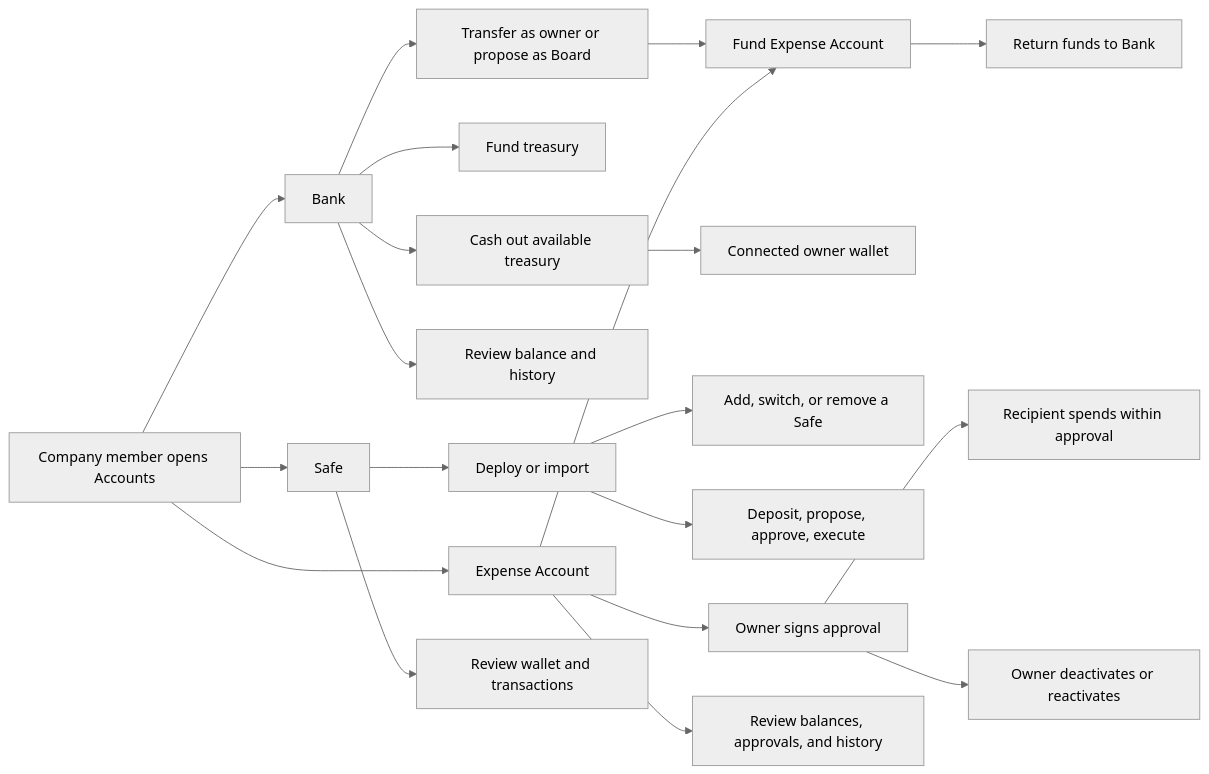
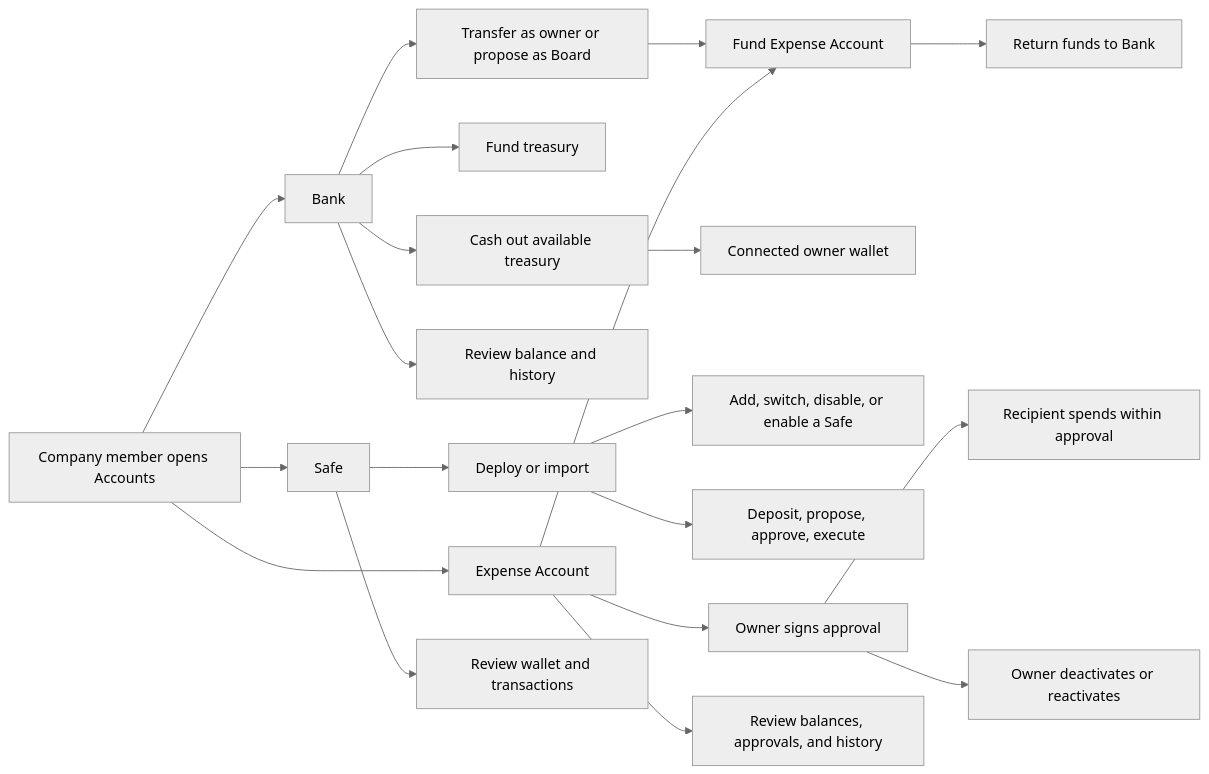
The diagram in docs/features/accounts/README.md (globe-and-citizen/cnc-portal), drawn with Mermaid (neutral theme) before and after one commit. The commit also changed other lines of this file and 16 other files, not shown here.

Commit message:
feat: ✨ let the owner enable a disabled Safe, with Disable, Enable and Default actions

````diff
--- a/docs/features/accounts/README.md
+++ b/docs/features/accounts/README.md
@@ -47,25 +47,25 @@
 ```mermaid
 flowchart LR
     Member[Company member opens Accounts] --> Bank[Bank]
     Member --> Safe[Safe]
     Member --> Expense[Expense Account]
 
     Bank --> FundBank[Fund treasury]
     Bank --> TransferBank[Transfer as owner or propose as Board]
     TransferBank --> ExpenseFunding[Fund Expense Account]
     Bank --> ReviewBank[Review balance and history]
     Bank --> CashOut[Cash out available treasury]
     CashOut --> OwnerWallet[Connected owner wallet]
 
     Safe --> SetupSafe[Deploy or import]
-    SetupSafe --> ChangeSafe[Add, switch, or remove a Safe]
+    SetupSafe --> ChangeSafe[Add, switch, disable, or enable a Safe]
     SetupSafe --> OperateSafe[Deposit, propose, approve, execute]
     Safe --> ReviewSafe[Review wallet and transactions]
 
     Expense --> Grant[Owner signs approval]
     Expense --> ExpenseFunding
     ExpenseFunding --> ReturnExpense[Return funds to Bank]
     Grant --> Spend[Recipient spends within approval]
     Grant --> Manage[Owner deactivates or reactivates]
     Expense --> ReviewExpense[Review balances, approvals, and history]
 ```
````
